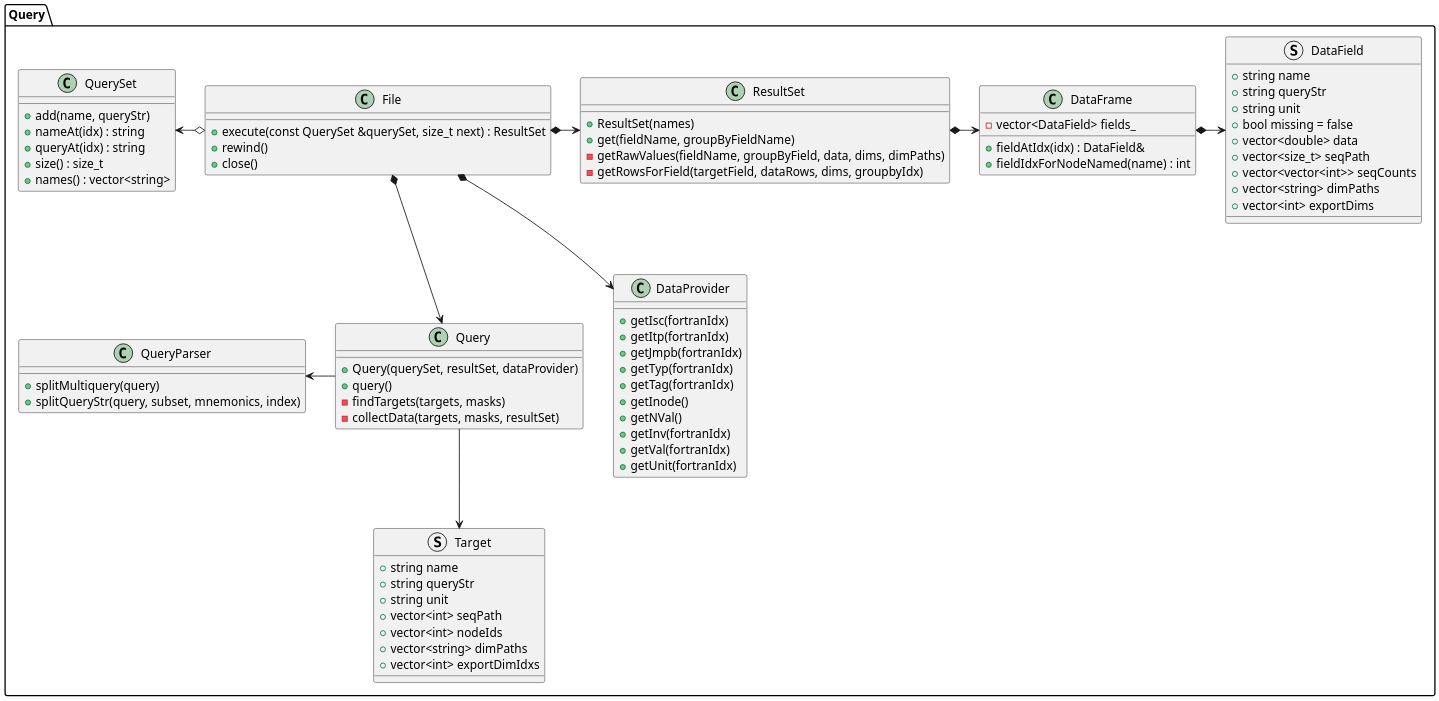
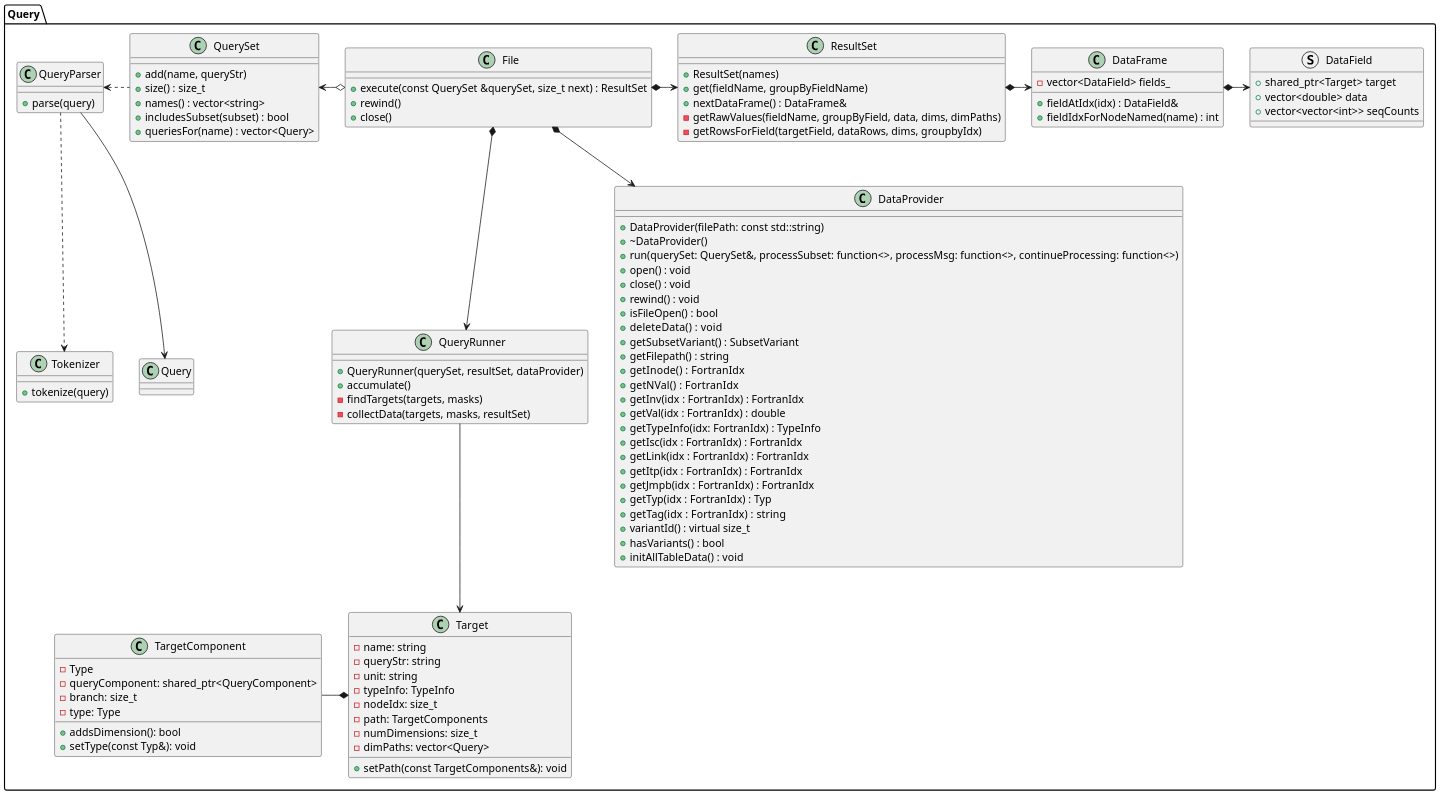
The diagram in doc/bufr_uml/QueryClassDiagram.puml (JCSDA-internal/ioda-converters), drawn with PlantUML before and after one commit. The commit also changed 3 other files, not shown here.

Commit message:
updated the uml diagrams so that hopefully they are more up to date.

```diff
--- a/doc/bufr_uml/QueryClassDiagram.puml
+++ b/doc/bufr_uml/QueryClassDiagram.puml
@@ -1,104 +1,130 @@
 @startuml
 skinparam dpi 300
 scale 1024 width
 
 package Query <<Folder>> 
 {
   class File
   {
     +execute(const QuerySet &querySet, size_t next) : ResultSet
     +rewind()
     +close()
   }
 
-  class Query
+  class QueryRunner
   {
-    +Query(querySet, resultSet, dataProvider)
-    +query()
+    +QueryRunner(querySet, resultSet, dataProvider)
+    +accumulate()
     -findTargets(targets, masks)
     -collectData(targets, masks, resultSet)
   }
 
-  struct Target
-  {
-    +string name
-    +string queryStr
-    +string unit
-    +vector<int> seqPath
-    +vector<int> nodeIds
-    +vector<string> dimPaths
-    +vector<int> exportDimIdxs
-  }
+class TargetComponent {
+  - Type
+  - queryComponent: shared_ptr<QueryComponent>
+  - branch: size_t
+  - type: Type
+  + addsDimension(): bool
+  + setType(const Typ&): void
+}
+
+class Target {
+  - name: string
+  - queryStr: string
+  - unit: string
+  - typeInfo: TypeInfo
+  - nodeIdx: size_t
+  - path: TargetComponents
+  - numDimensions: size_t
+  - dimPaths: vector<Query>
+  + setPath(const TargetComponents&): void
+}
 
   class DataFrame
   {
      -vector<DataField> fields_
 
      +fieldAtIdx(idx) : DataField&
      +fieldIdxForNodeNamed(name) : int
   }
 
   struct DataField
   {
-    +string name
-    +string queryStr
-    +string unit
-    +bool missing = false
+    +shared_ptr<Target> target
     +vector<double> data
-    +vector<size_t> seqPath
     +vector<vector<int>> seqCounts
-    +vector<string> dimPaths
-    +vector<int> exportDims
   }
 
   class ResultSet
   {
     +ResultSet(names)
     +get(fieldName, groupByFieldName)
+    +nextDataFrame() : DataFrame&
     -getRawValues(fieldName, groupByField, data, dims, dimPaths)
     -getRowsForField(targetField, dataRows, dims, groupbyIdx)
   }
 
   class QuerySet
   {
     +add(name, queryStr)
-    +nameAt(idx) : string
-    +queryAt(idx) : string
     +size() : size_t
     +names() : vector<string>
+    +includesSubset(subset) : bool
+    +queriesFor(name) : vector<Query>
+
   }
 
   class DataProvider
   {
-    +getIsc(fortranIdx)
-    +getItp(fortranIdx)
-    +getJmpb(fortranIdx)
-    +getTyp(fortranIdx)
-    +getTag(fortranIdx)
-    +getInode()
-    +getNVal()
-    +getInv(fortranIdx)
-    +getVal(fortranIdx)
-    +getUnit(fortranIdx)
-
+    + DataProvider(filePath: const std::string)
+    + ~DataProvider()
+    + run(querySet: QuerySet&, processSubset: function<>, processMsg: function<>, continueProcessing: function<>)
+    + open() : void
+    + close() : void
+    + rewind() : void
+    + isFileOpen() : bool
+    + deleteData() :  void
+    + getSubsetVariant() : SubsetVariant
+    + getFilepath() : string
+    + getInode() :  FortranIdx
+    + getNVal() :  FortranIdx
+    + getInv(idx : FortranIdx) : FortranIdx
+    + getVal(idx : FortranIdx) : double
+    + getTypeInfo(idx: FortranIdx) : TypeInfo
+    + getIsc(idx : FortranIdx) : FortranIdx
+    + getLink(idx : FortranIdx) : FortranIdx
+    + getItp(idx : FortranIdx) : FortranIdx
+    + getJmpb(idx : FortranIdx) : FortranIdx
+    + getTyp(idx : FortranIdx) : Typ
+    + getTag(idx : FortranIdx) :  string
+    + variantId() : virtual size_t
+    + hasVariants() : bool
+    + initAllTableData() : void
   }
 
   class QueryParser
   {
-    +splitMultiquery(query)
-    +splitQueryStr(query, subset, mnemonics, index)
+    +parse(query)
+  }
+
+  class Tokenizer
+  {
+    +tokenize(query)
   }
 
   File *--> DataProvider
   
   File *-> ResultSet
   QuerySet <-o File
-  File *--> Query
-  Query --> Target
+  File *--> QueryRunner
+  QueryRunner --> Target
+  TargetComponent -right-* Target
   ResultSet *-> DataFrame
   DataFrame *-> DataField
 
 
-  QueryParser <- Query
+  QueryParser --> Query
+  QueryParser -.> Tokenizer
+  QueryParser <. QuerySet
 
 @enduml
```
